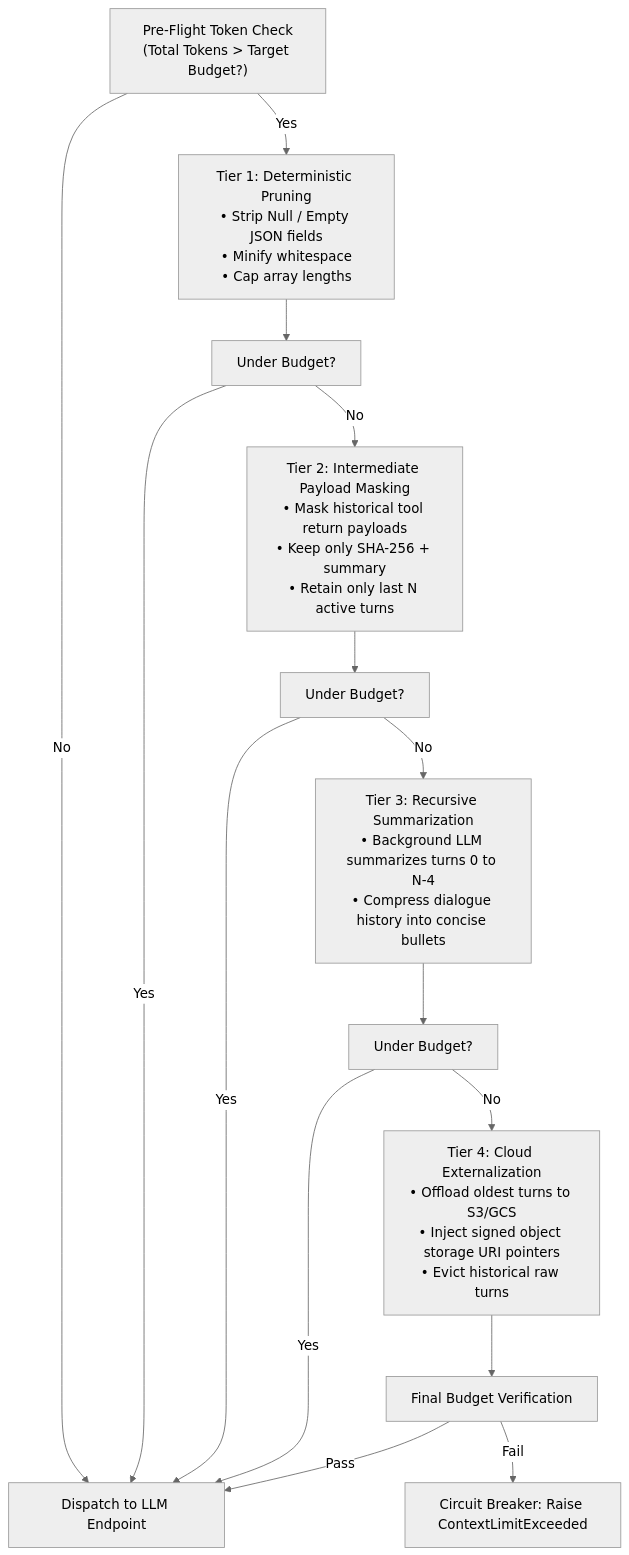
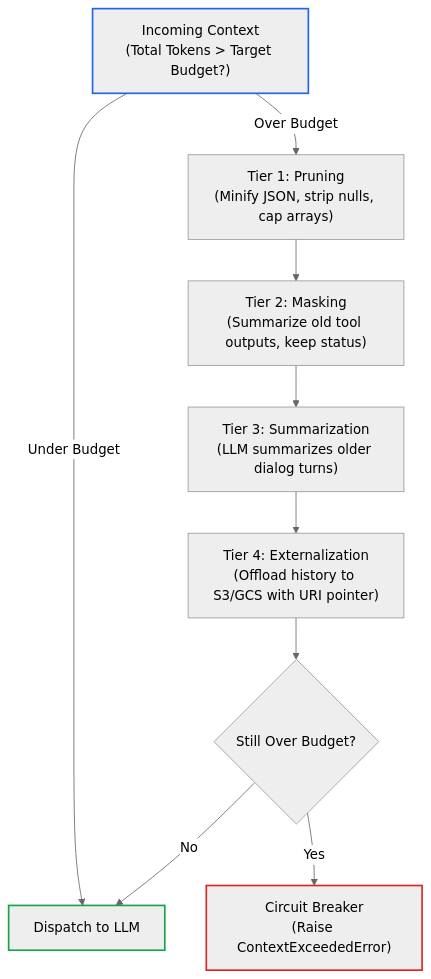
The diagram in 01-prompt-and-context-engineering/02-token-budgeting-and-compaction.md (dip4k/senior-engineer-to-ai-engineer-roadmap), drawn with Mermaid (neutral theme) before and after one commit. The commit also changed other lines of this file and 49 other files, not shown here.

````diff
--- a/01-prompt-and-context-engineering/02-token-budgeting-and-compaction.md
+++ b/01-prompt-and-context-engineering/02-token-budgeting-and-compaction.md
@@ -99,21 +124,15 @@
 ```mermaid
 flowchart TD
-    Start["Pre-Flight Token Check<br>(Total Tokens > Target Budget?)"] -->|No| Dispatch["Dispatch to LLM Endpoint"]
-    Start -->|Yes| T1["Tier 1: Deterministic Pruning<br>• Strip Null / Empty JSON fields<br>• Minify whitespace<br>• Cap array lengths"]
-    
-    T1 --> Check1["Under Budget?"]
-    Check1 -->|Yes| Dispatch
-    Check1 -->|No| T2["Tier 2: Intermediate Payload Masking<br>• Mask historical tool return payloads<br>• Keep only SHA-256 + summary<br>• Retain only last N active turns"]
-    
-    T2 --> Check2["Under Budget?"]
-    Check2 -->|Yes| Dispatch
-    Check2 -->|No| T3["Tier 3: Recursive Summarization<br>• Background LLM summarizes turns 0 to N-4<br>• Compress dialogue history into concise bullets"]
-    
-    T3 --> Check3["Under Budget?"]
-    Check3 -->|Yes| Dispatch
-    Check3 -->|No| T4["Tier 4: Cloud Externalization<br>• Offload oldest turns to S3/GCS<br>• Inject signed object storage URI pointers<br>• Evict historical raw turns"]
-    
-    T4 --> ForceCheck["Final Budget Verification"]
-    ForceCheck -->|Pass| Dispatch
-    ForceCheck -->|Fail| Circuit["Circuit Breaker: Raise ContextLimitExceeded"]
+    Req["Incoming Context<br>(Total Tokens > Target Budget?)"] -->|Under Budget| Run["Dispatch to LLM"]
+    Req -->|Over Budget| T1["Tier 1: Pruning<br>(Minify JSON, strip nulls, cap arrays)"]
+    T1 --> T2["Tier 2: Masking<br>(Summarize old tool outputs, keep status)"]
+    T2 --> T3["Tier 3: Summarization<br>(LLM summarizes older dialog turns)"]
+    T3 --> T4["Tier 4: Externalization<br>(Offload history to S3/GCS with URI pointer)"]
+    T4 --> Guard{"Still Over Budget?"}
+    Guard -->|No| Run
+    Guard -->|Yes| Halt["Circuit Breaker<br>(Raise ContextExceededError)"]
+
+    style Req stroke:#2563eb,stroke-width:2px
+    style Run stroke:#16a34a,stroke-width:2px
+    style Halt stroke:#dc2626,stroke-width:2px
 ```
````
